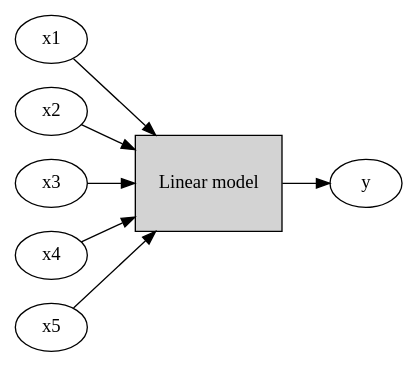
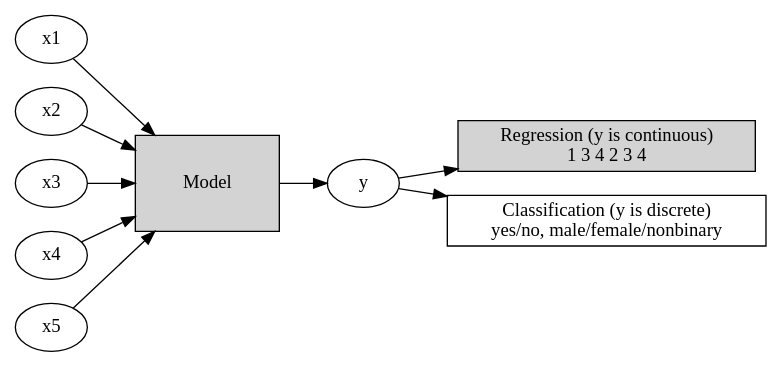
One commit to kschuler/datasci-langmind changed the tenth of 10 diagrams in slides/model-specification.qmd. Above: the diagram before and after it, drawn with Graphviz. The commit also changed other lines of this file and 93 other files, not shown here.

````diff
--- a/slides/model-specification.qmd
+++ b/slides/model-specification.qmd
@@ -873,32 +1087,39 @@
 ```{dot}
 //|echo: false
 
 digraph G {
 
 rankdir=LR;  // Left to Right layout
 
   // Column 1: x values
   x1 [label="x1"];
   x2 [label="x2"];
   x3 [label="x3"];
 
   // Column 2: model
-  model [label="Linear model", shape=box, width=1.5, height=1, style = filled];
+  model [label="Model", shape=box, width=1.5, height=1, style = filled];
 
   // Column 3: y value
   y [label="y"];
+
+  // Column 4: regression v classify 
+  r [label = "Regression (y is continuous) \n 1 3 4 2 3 4", shape = box style = filled];
+  c [label = "Classification (y is discrete) \n yes/no, male/female/nonbinary", shape = box]; 
 
   // Keep x values in the same rank
   { rank=same; x1; x2; x3; }
 
   // Keep alignment using invisible edges
   x1 -> model;
   x2 -> model;
   x3 -> model;
   x4 -> model;
   x5 -> model;
 
   model -> y;  // Connect the model to y
+  y -> r; 
+  y -> c; 
+
 }
 
 ```
````
